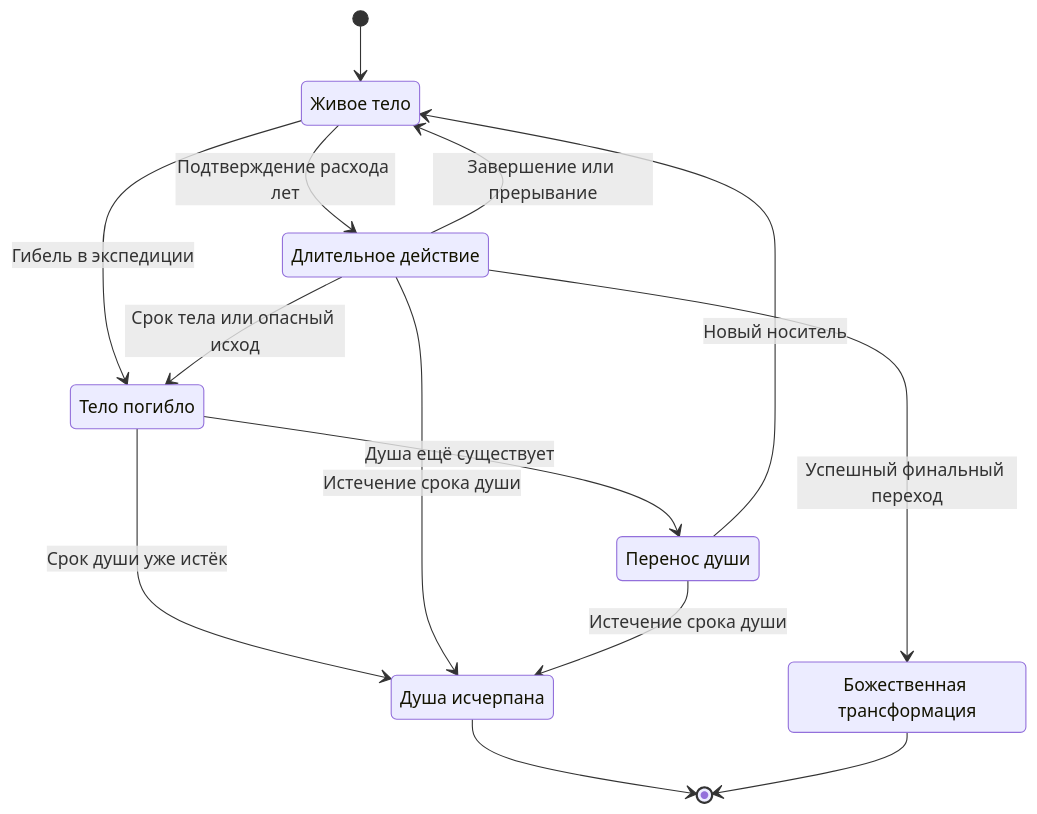
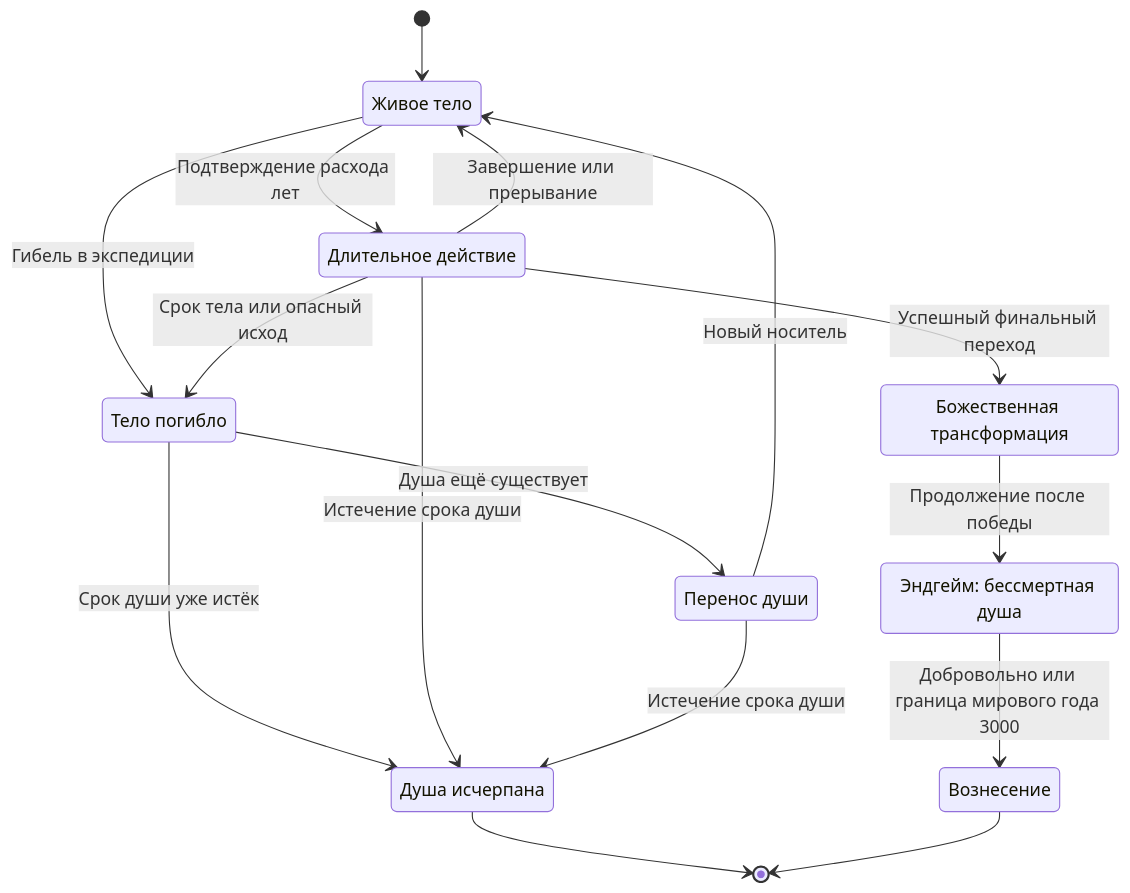
One commit to deelexx86/cultivation-rpg changed the diagram in docs/13-state-data-and-save-contracts.md. Above: the diagram before and after it, drawn with Mermaid. The commit also changed other lines of this file and 35 other files, not shown here.

````diff
--- a/docs/13-state-data-and-save-contracts.md
+++ b/docs/13-state-data-and-save-contracts.md
@@ -89,23 +81,27 @@
 ```mermaid
 stateDiagram-v2
     direction TB
     state "Живое тело" as Alive
     state "Длительное действие" as Practice
     state "Тело погибло" as BodyLost
     state "Перенос души" as Transfer
     state "Душа исчерпана" as Lost
     state "Божественная трансформация" as Victory
     [*] --> Alive
     Alive --> Practice: Подтверждение расхода лет
     Practice --> Alive: Завершение или прерывание
     Alive --> BodyLost: Гибель в экспедиции
     Practice --> BodyLost: Срок тела или опасный исход
     BodyLost --> Transfer: Душа ещё существует
     BodyLost --> Lost: Срок души уже истёк
     Transfer --> Alive: Новый носитель
     Practice --> Lost: Истечение срока души
     Transfer --> Lost: Истечение срока души
     Practice --> Victory: Успешный финальный переход
     Lost --> [*]
-    Victory --> [*]
+    state "Эндгейм: бессмертная душа" as Endgame
+    state "Вознесение" as Ascended
+    Victory --> Endgame: Продолжение после победы
+    Endgame --> Ascended: Добровольно или граница мирового года 3000
+    Ascended --> [*]
 ```
````
